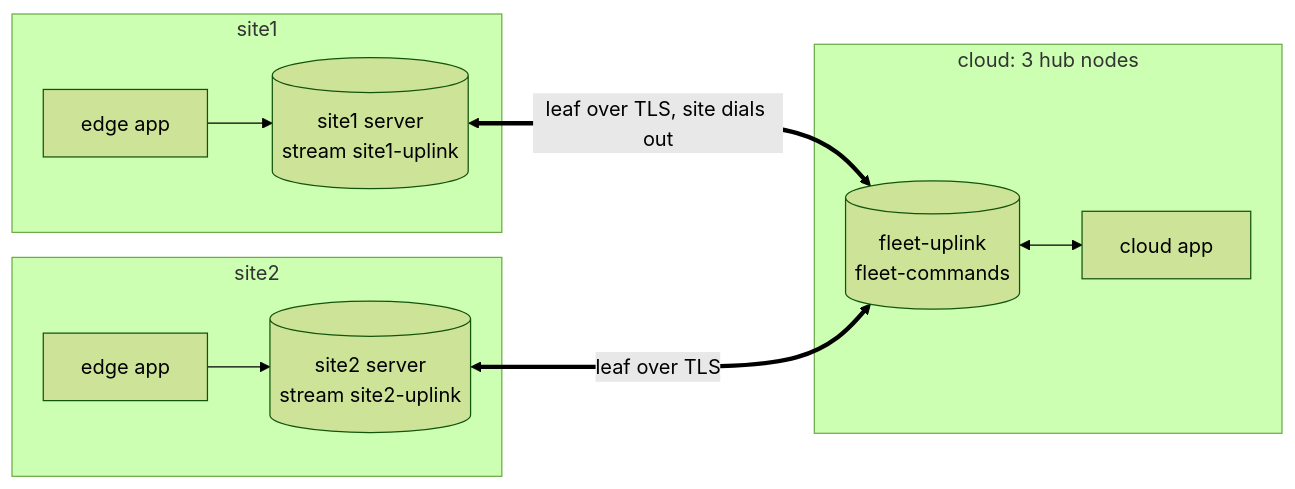
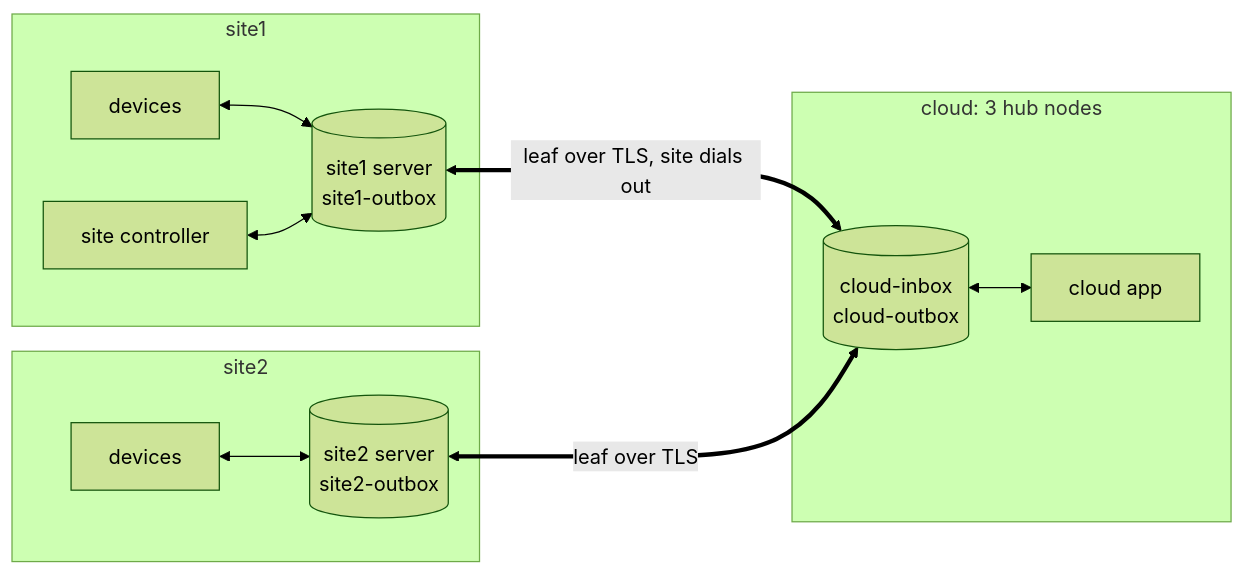
Before and after one commit to jinternals/nats-demo: the diagram in README.md, drawn with Mermaid (forest theme). The commit also changed other lines of this file and 22 other files, not shown here.

````diff
--- a/README.md
+++ b/README.md
@@ -9,14 +9,15 @@
 ```mermaid
 flowchart LR
   subgraph site1["site1"]
-    app1["edge app"] --> s1[("site1 server<br/>stream site1-uplink")]
+    d1["devices"] <--> s1[("site1 server<br/>site1-outbox")]
+    k1["site controller"] <--> s1
   end
   subgraph site2["site2"]
-    app2["edge app"] --> s2[("site2 server<br/>stream site2-uplink")]
+    d2["devices"] <--> s2[("site2 server<br/>site2-outbox")]
   end
   subgraph cloud["cloud: 3 hub nodes"]
-    hub[("fleet-uplink<br/>fleet-commands")] <--> capp["cloud app"]
+    hub[("cloud-inbox<br/>cloud-outbox")] <--> capp["cloud app"]
   end
   s1 <== "leaf over TLS, site dials out" ==> hub
   s2 <== "leaf over TLS" ==> hub
 ```
````
